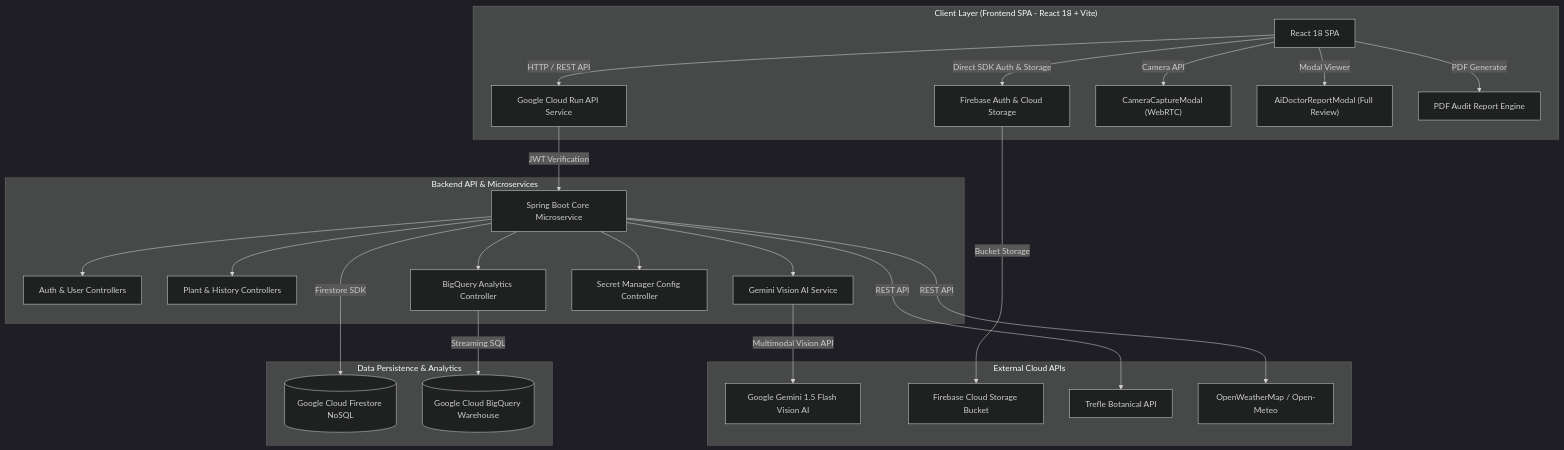
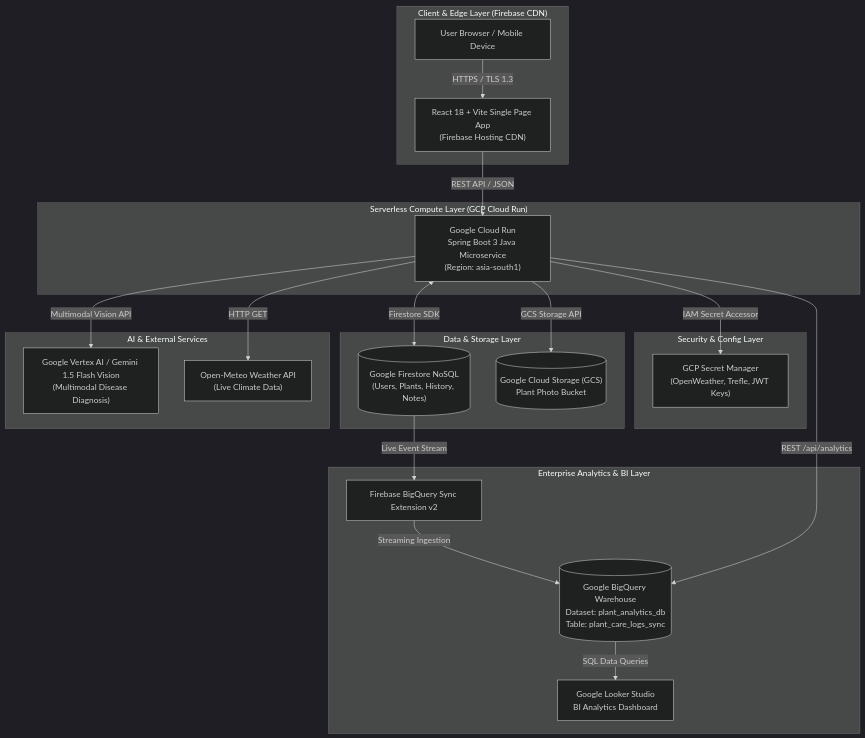
The diagram in README.md (Pranesh003/plant-water-tracker), drawn with Mermaid (dark theme) before and after one commit. The commit also changed other lines of this file, not shown here.

Commit message:
docs: update main README.md with comprehensive documentation sitemap, GCP cloud architecture, and API index

````diff
--- a/README.md
+++ b/README.md
@@ -130,31 +37,44 @@
 ```mermaid
-graph TB
-    subgraph Client ["Client Layer (Frontend SPA - React 18 + Vite)"]
-        A["React 18 SPA"] -->|HTTP / REST API| B["Google Cloud Run API Service"]
-        A -->|Direct SDK Auth & Storage| C["Firebase Auth & Cloud Storage"]
-        A -->|Camera API| CAM["CameraCaptureModal (WebRTC)"]
-        A -->|Modal Viewer| ADM["AiDoctorReportModal (Full Review)"]
-        A -->|PDF Generator| D["PDF Audit Report Engine"]
+flowchart TD
+    subgraph ClientLayer ["Client & Edge Layer (Firebase CDN)"]
+        ReactApp["React 18 + Vite Single Page App<br/>(Firebase Hosting CDN)"]
+        UserBrowser["User Browser / Mobile Device"]
+        UserBrowser -->|HTTPS / TLS 1.3| ReactApp
     end
 
-    subgraph Backend ["Backend API & Microservices"]
-        B -->|JWT Verification| E["Spring Boot Core Microservice"]
-        E --> F["Auth & User Controllers"]
-        E --> G["Plant & History Controllers"]
-        E --> V1["Gemini Vision AI Service"]
-        E --> B1["BigQuery Analytics Controller"]
-        E --> S1["Secret Manager Config Controller"]
-      end
-
-    subgraph External ["External Cloud APIs"]
-        V1 -->|Multimodal Vision API| AI["Google Gemini 1.5 Flash Vision AI"]
-        C -->|Bucket Storage| FS["Firebase Cloud Storage Bucket"]
-        E -->|REST API| L["Trefle Botanical API"]
-        E -->|REST API| M["OpenWeatherMap / Open-Meteo"]
+    subgraph ComputeLayer ["Serverless Compute Layer (GCP Cloud Run)"]
+        CloudRun["Google Cloud Run<br/>Spring Boot 3 Java Microservice<br/>(Region: asia-south1)"]
+        ReactApp -->|REST API / JSON| CloudRun
     end
 
-    subgraph Storage ["Data Persistence & Analytics"]
-        E -->|Firestore SDK| Q[("Google Cloud Firestore NoSQL")]
-        B1 -->|Streaming SQL| BQ[("Google Cloud BigQuery Warehouse")]
+    subgraph SecurityLayer ["Security & Config Layer"]
+        SecretManager["GCP Secret Manager<br/>(OpenWeather, Trefle, JWT Keys)"]
+        CloudRun -->|IAM Secret Accessor| SecretManager
+    end
+
+    subgraph DatabaseLayer ["Data & Storage Layer"]
+        Firestore[("Google Firestore NoSQL<br/>(Users, Plants, History, Notes)")]
+        GCS[("Google Cloud Storage (GCS)<br/>Plant Photo Bucket")]
+        CloudRun <-->|Firestore SDK| Firestore
+        CloudRun -->|GCS Storage API| GCS
+    end
+
+    subgraph AnalyticsLayer ["Enterprise Analytics & BI Layer"]
+        BigQuerySync["Firebase BigQuery Sync Extension v2"]
+        BigQuery[("Google BigQuery Warehouse<br/>Dataset: plant_analytics_db<br/>Table: plant_care_logs_sync")]
+        LookerStudio["Google Looker Studio<br/>BI Analytics Dashboard"]
+        
+        Firestore -->|Live Event Stream| BigQuerySync
+        BigQuerySync -->|Streaming Ingestion| BigQuery
+        BigQuery -->|SQL Data Queries| LookerStudio
+        CloudRun -->|REST /api/analytics| BigQuery
+    end
+
+    subgraph ExternalServices ["AI & External Services"]
+        VertexAI["Google Vertex AI / Gemini 1.5 Flash Vision<br/>(Multimodal Disease Diagnosis)"]
+        OpenMeteo["Open-Meteo Weather API<br/>(Live Climate Data)"]
+        
+        CloudRun -->|Multimodal Vision API| VertexAI
+        CloudRun -->|HTTP GET| OpenMeteo
     end
 ```
````
